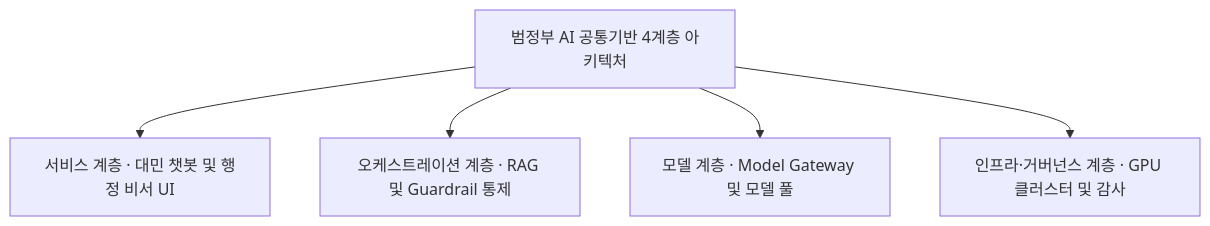
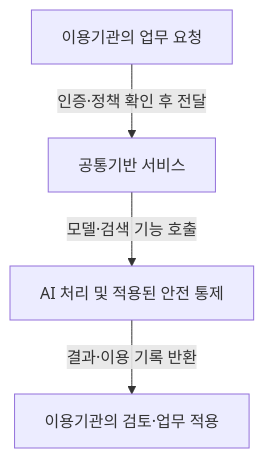
Before and after one commit to agnusdei1207/study: the first of 2 diagrams in src/content/docs/notes/itpe/01-it-strategy/025_pan_government_ai_common_infrastructure.md, drawn with Mermaid. The commit also changed other lines of this file and 4 other files, not shown here.

````diff
--- a/src/content/docs/notes/itpe/01-it-strategy/025_pan_government_ai_common_infrastructure.md
+++ b/src/content/docs/notes/itpe/01-it-strategy/025_pan_government_ai_common_infrastructure.md
@@ -56,8 +56,6 @@
 ```mermaid
 flowchart TD
-    ROOT["범정부 AI 공통기반 4계층 아키텍처"]
-    ROOT --> SVC["서비스 계층 · 대민 챗봇 및 행정 비서 UI"]
-    ROOT --> ORCH["오케스트레이션 계층 · RAG 및 Guardrail 통제"]
-    ROOT --> MDL["모델 계층 · Model Gateway 및 모델 풀"]
-    ROOT --> INFRA["인프라·거버넌스 계층 · GPU 클러스터 및 감사"]
+    A["이용기관의 업무 요청"] -->|인증·정책 확인 후 전달| B["공통기반 서비스"]
+    B -->|모델·검색 기능 호출| C["AI 처리 및 적용된 안전 통제"]
+    C -->|결과·이용 기록 반환| D["이용기관의 검토·업무 적용"]
 ```
````
